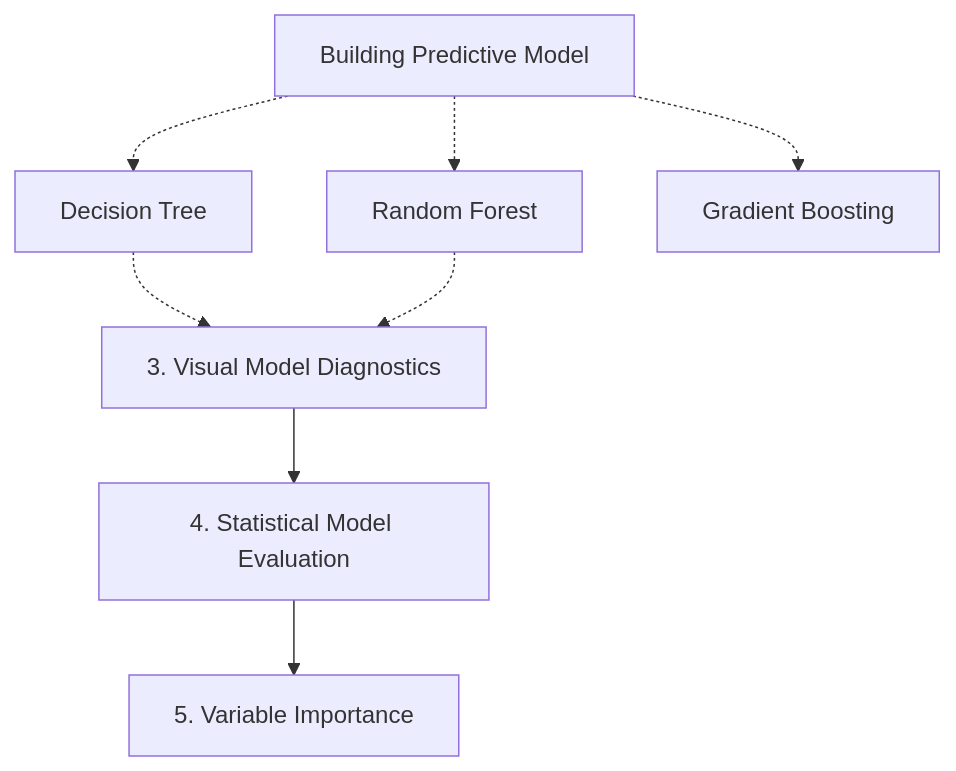
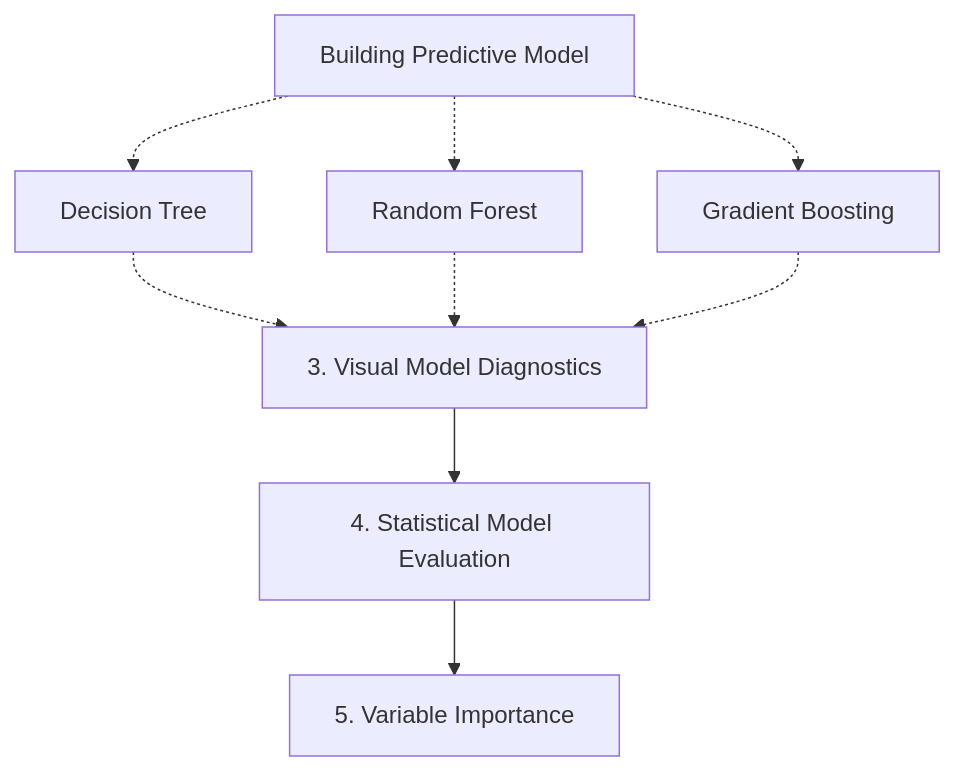
The diagram in Take-home_Ex/Take-home_Ex04/Take-home_Ex04.qmd (kytjy/ISSS608-VAA), drawn with Mermaid before and after one commit. The commit also changed other lines of this file and 52 other files, not shown here.

````diff
--- a/Take-home_Ex/Take-home_Ex04/Take-home_Ex04.qmd
+++ b/Take-home_Ex/Take-home_Ex04/Take-home_Ex04.qmd
@@ -73,13 +73,14 @@
 ```{mermaid}
 %%| fig-width: 8
 %%| echo: false
 
 flowchart TD
     C[Building Predictive Model]-.->C1[Decision Tree]
     C-.-> C2[Random Forest]
     C-.-> C3[Gradient Boosting]
     C1-.->F[3. Visual Model Diagnostics]
     C2-.->F
+    C3-.->F
     F -->E[4. Statistical Model Evaluation]
     E-->D[5. Variable Importance]
 ```
````
